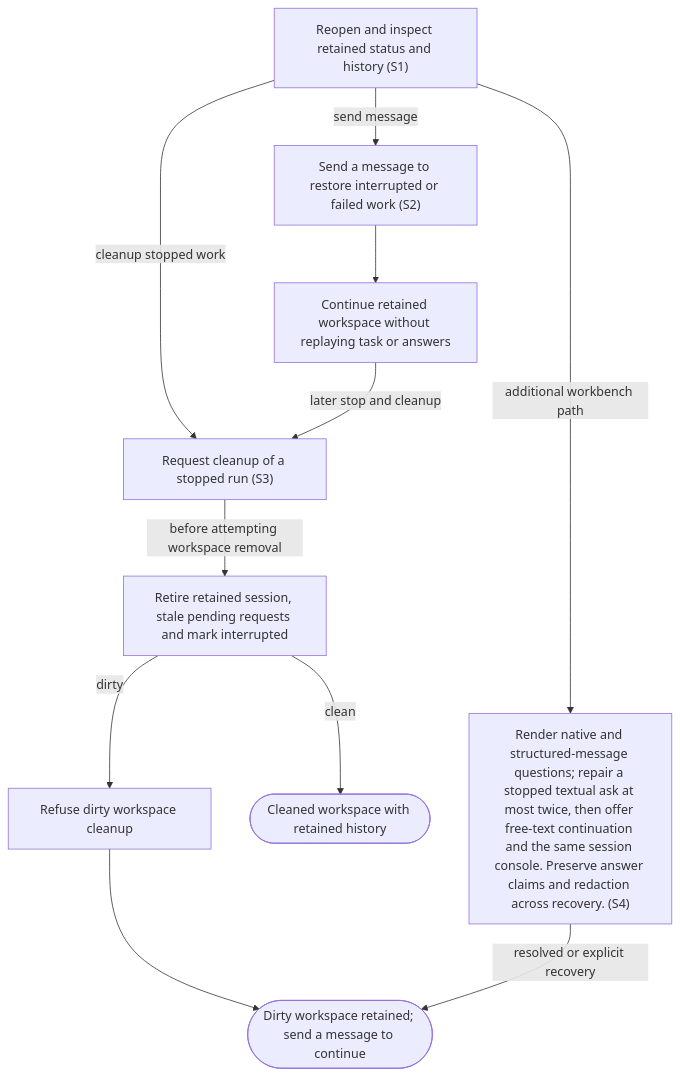
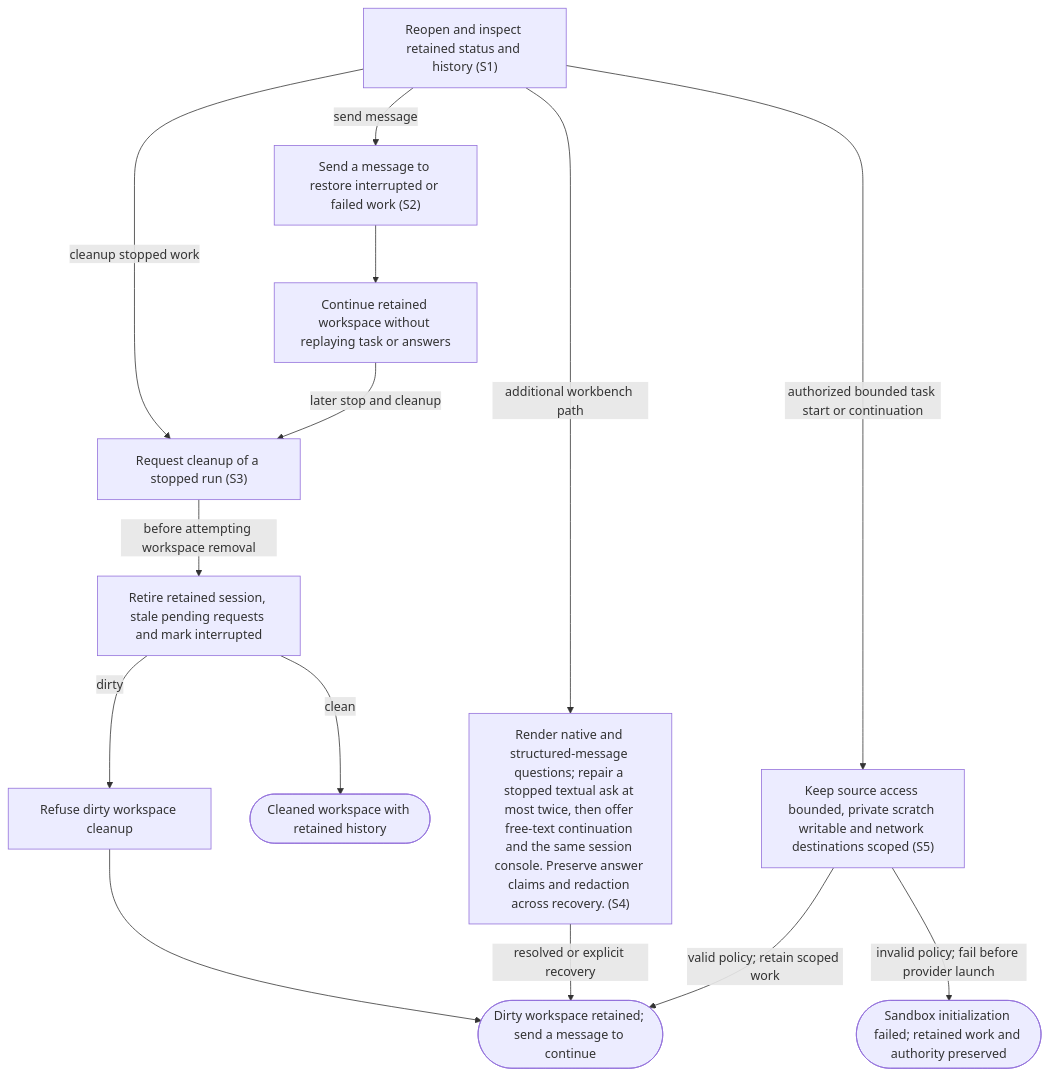
One commit to dk-code-factory/code-factory-plugin changed the diagram in docs/user-flows/recover-cleanup.md. Above: the diagram before and after it, drawn with Mermaid. The commit also changed other lines of this file and 81 other files, not shown here.

````diff
--- a/docs/user-flows/recover-cleanup.md
+++ b/docs/user-flows/recover-cleanup.md
@@ -40,22 +42,27 @@
 ```mermaid
 flowchart TD
     N0["Reopen and inspect retained status and history #40;S1#41;"]
     N1["Send a message to restore interrupted or failed work #40;S2#41;"]
     N2["Continue retained workspace without replaying task or answers"]
     N3["Request cleanup of a stopped run #40;S3#41;"]
     N4["Refuse dirty workspace cleanup"]
     N5(["Dirty workspace retained#59; send a message to continue"])
     N6(["Cleaned workspace with retained history"])
     N7["Retire retained session, stale pending requests and mark interrupted"]
     N8["Render native and structured-message questions#59; repair a stopped textual ask at most twice, then offer free-text continuation and the same session console. Preserve answer claims and redaction across recovery. #40;S4#41;"]
+    N9["Keep source access bounded, private scratch writable and network destinations scoped #40;S5#41;"]
+    N10(["Sandbox initialization failed#59; retained work and authority preserved"])
     N0 -->|"send message"| N1
     N1 --> N2
     N0 -->|"cleanup stopped work"| N3
     N2 -->|"later stop and cleanup"| N3
     N7 -->|"dirty"| N4
     N4 --> N5
     N7 -->|"clean"| N6
     N3 -->|"before attempting workspace removal"| N7
     N0 -->|"additional workbench path"| N8
     N8 -->|"resolved or explicit recovery"| N5
+    N0 -->|"authorized bounded task start or continuation"| N9
+    N9 -->|"valid policy#59; retain scoped work"| N5
+    N9 -->|"invalid policy#59; fail before provider launch"| N10
 ```
````
